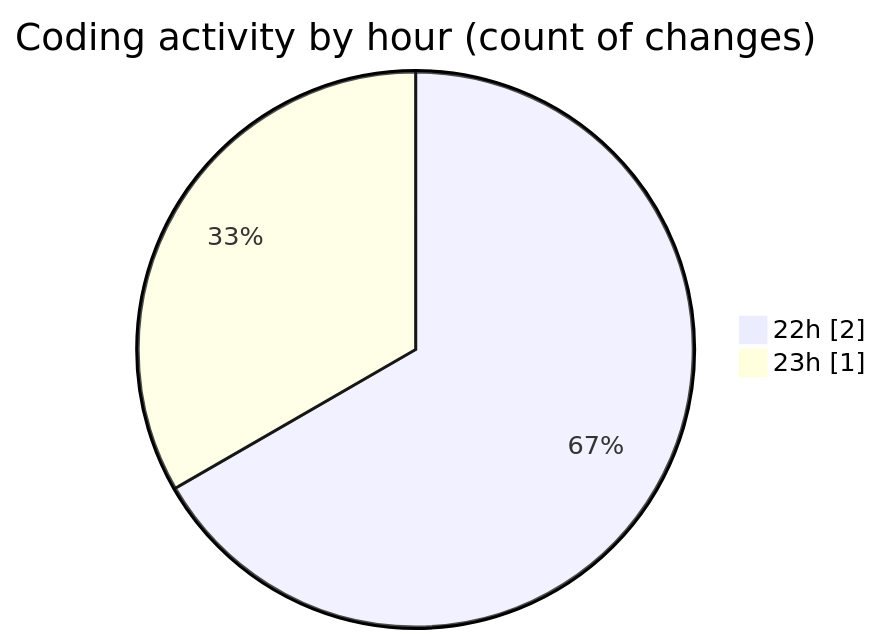
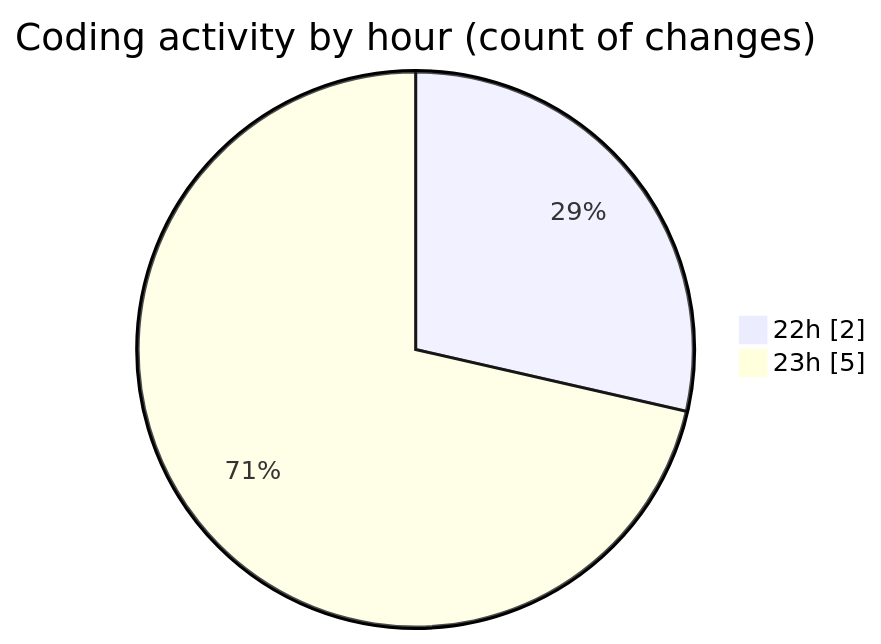
Before and after one commit to momahboobian/code-tracking: the second of 2 diagrams in 2025-02-22/samplepdf/README.md, drawn with Mermaid. The commit also changed other lines of this file and 1 other file, not shown here.

````diff
--- a/2025-02-22/samplepdf/README.md
+++ b/2025-02-22/samplepdf/README.md
@@ -28,6 +28,6 @@
 ```mermaid
 pie showData
 title Coding activity by hour (count of changes)
 "22h" : 2
-"23h" : 1
+"23h" : 5
 ```
````
